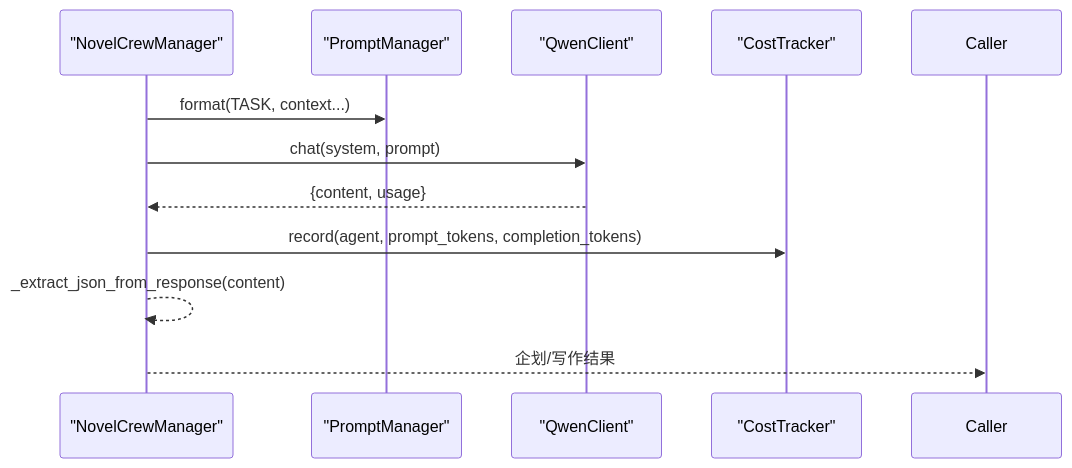
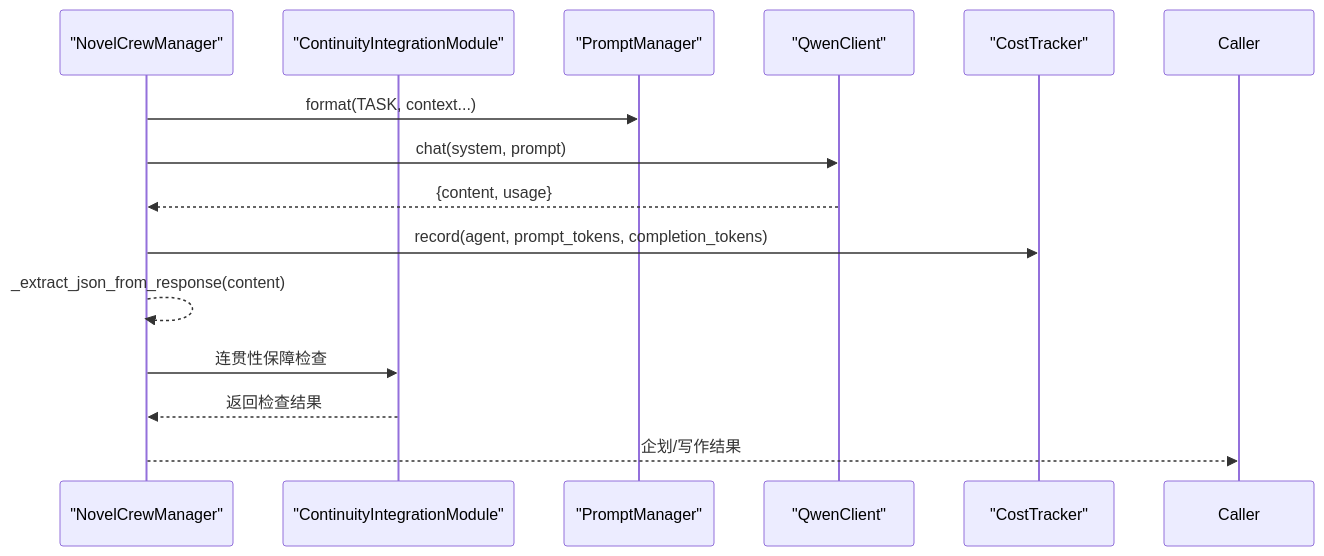
One commit to xfbyxq/ai-novel-system changed the fourth of 16 diagrams in .qoder/repowiki/zh/content/AI智能体系统/AI智能体系统.md. Above: the diagram before and after it, drawn with Mermaid. The commit also changed other lines of this file and 17 other files, not shown here.

````diff
--- a/.qoder/repowiki/zh/content/AI智能体系统/AI智能体系统.md
+++ b/.qoder/repowiki/zh/content/AI智能体系统/AI智能体系统.md
@@ -247,13 +311,16 @@
 ```mermaid
 sequenceDiagram
 participant CM as "NovelCrewManager"
+participant CIM as "ContinuityIntegrationModule"
 participant PM as "PromptManager"
 participant Qwen as "QwenClient"
 participant CT as "CostTracker"
 CM->>PM : format(TASK, context...)
 CM->>Qwen : chat(system, prompt)
 Qwen-->>CM : {content, usage}
 CM->>CT : record(agent, prompt_tokens, completion_tokens)
 CM-->>CM : _extract_json_from_response(content)
+CM->>CIM : 连贯性保障检查
+CIM-->>CM : 返回检查结果
 CM-->>Caller : 企划/写作结果
 ```
````
